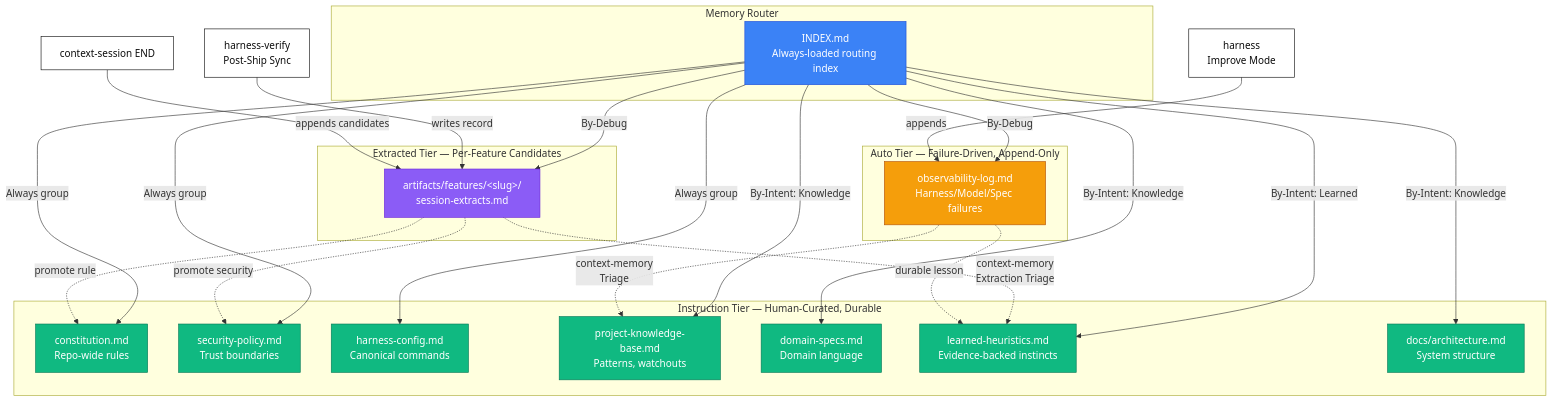
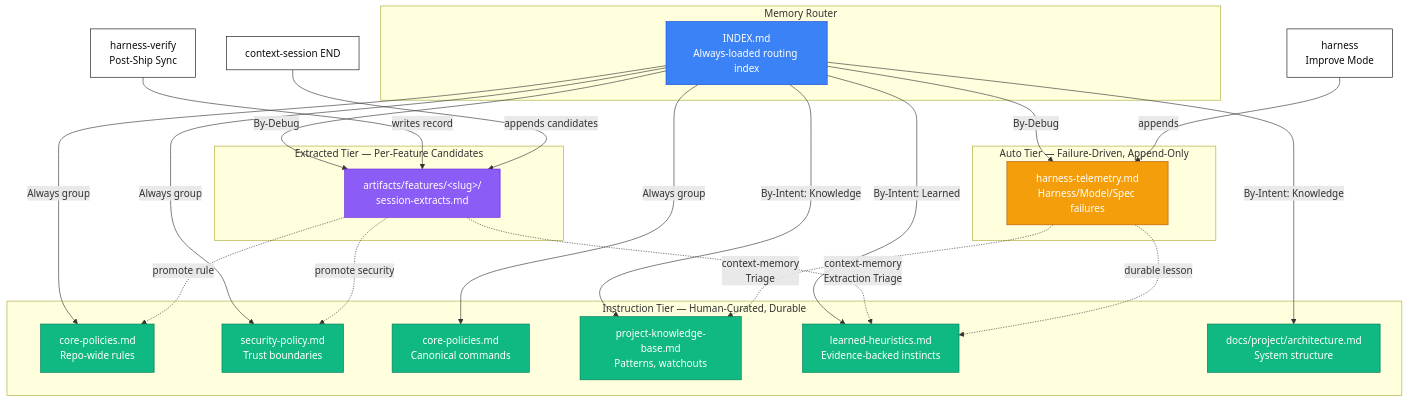
Before and after one commit to thaihai-swe/CoreZero-Nexus: the first of 3 diagrams in documents/memory.md, drawn with Mermaid. The commit also changed other lines of this file and 280 other files, not shown here.

First line of the commit message:
feat: Add comprehensive documentation for project architecture, code design, and domain context

````diff
--- a/documents/memory.md
+++ b/documents/memory.md
@@ -11,61 +11,59 @@
 ```mermaid
 flowchart TD
     %% 3-Tier Memory Architecture (Instruction / Auto / Extracted)
 
     subgraph INSTR["Instruction Tier — Human-Curated, Durable"]
-        CONST[constitution.md<br/>Repo-wide rules]
+        CONST[core-policies.md<br/>Repo-wide rules]
         SEC[security-policy.md<br/>Trust boundaries]
-        HARN[harness-config.md<br/>Canonical commands]
+        HARN[core-policies.md<br/>Canonical commands]
         PKB[project-knowledge-base.md<br/>Patterns, watchouts]
-        DOM[domain-specs.md<br/>Domain language]
         HEUR[learned-heuristics.md<br/>Evidence-backed instincts]
-        ARCH[docs/architecture.md<br/>System structure]
+        ARCH[docs/project/architecture.md<br/>System structure]
     end
 
     subgraph AUTO["Auto Tier — Failure-Driven, Append-Only"]
-        OBS[observability-log.md<br/>Harness/Model/Spec failures]
+        OBS[harness-telemetry.md<br/>Harness/Model/Spec failures]
     end
 
     subgraph EXTR["Extracted Tier — Per-Feature Candidates"]
         EXT[artifacts/features/&lt;slug&gt;/<br/>session-extracts.md]
     end
 
     subgraph ROUTER["Memory Router"]
         IDX[INDEX.md<br/>Always-loaded routing index]
     end
 
     %% Routing
     IDX -->|Always group| CONST
     IDX -->|Always group| SEC
     IDX -->|Always group| HARN
     IDX -->|By-Intent: Knowledge| PKB
-    IDX -->|By-Intent: Knowledge| DOM
     IDX -->|By-Intent: Knowledge| ARCH
     IDX -->|By-Intent: Learned| HEUR
     IDX -->|By-Debug| OBS
     IDX -->|By-Debug| EXT
 
     %% Promotion flow (extracted -> instruction)
     EXT -.->|context-memory<br/>Extraction Triage| HEUR
     EXT -.->|promote rule| CONST
     EXT -.->|promote security| SEC
     OBS -.->|context-memory<br/>Triage| PKB
     OBS -.->|durable lesson| HEUR
 
     %% Writers
     AIDV[harness-verify<br/>Post-Ship Sync] -->|writes record| EXT
     AIHN[harness<br/>Improve Mode] -->|appends| OBS
     AIDS[context-session END] -->|appends candidates| EXT
 
     classDef instr fill:#10b981,stroke:#047857,color:#fff
     classDef auto fill:#f59e0b,stroke:#b45309,color:#fff
     classDef extr fill:#8b5cf6,stroke:#6d28d9,color:#fff
     classDef router fill:#3b82f6,stroke:#1d4ed8,color:#fff
     classDef writer fill:#fff,stroke:#0d0d0d,color:#0d0d0d
 
-    class CONST,SEC,HARN,PKB,DOM,HEUR,ARCH instr
+    class CONST,SEC,HARN,PKB,HEUR,ARCH instr
     class OBS auto
     class EXT extr
     class IDX router
     class AIDV,AIHN,AIDS writer
 ```
````
